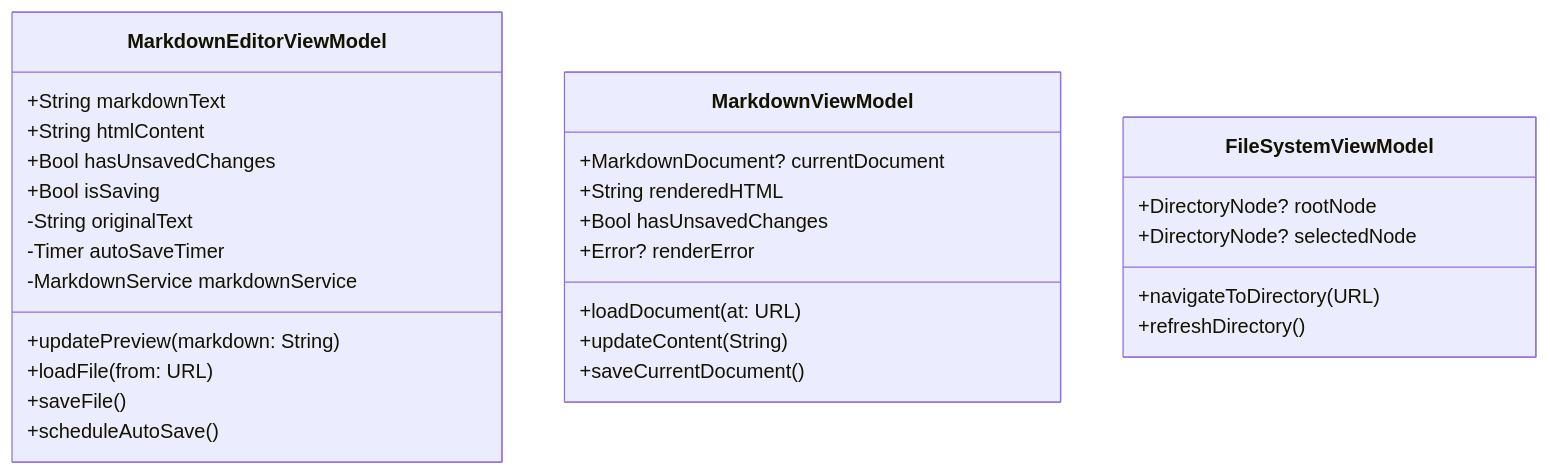
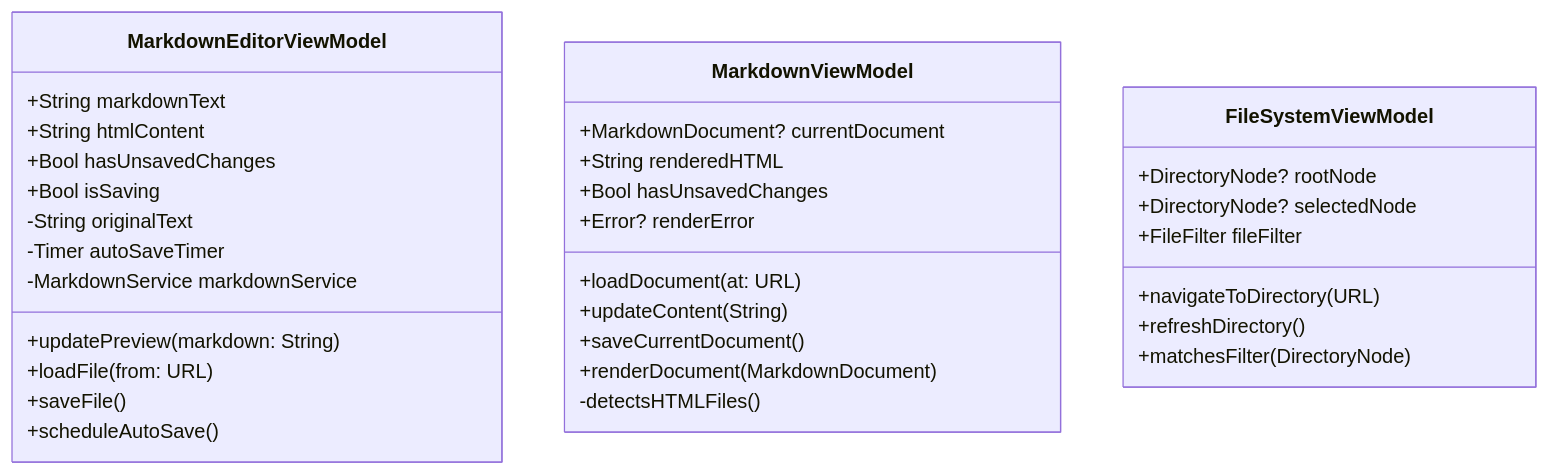
The third of 9 diagrams in docs/development/current-architecture.md (Consortium-team/mac-markdown-browser), drawn with Mermaid before and after one commit. The commit also changed other lines of this file and 13 other files, not shown here.

````diff
--- a/docs/development/current-architecture.md
+++ b/docs/development/current-architecture.md
@@ -106,33 +106,37 @@
 ```mermaid
 classDiagram
     class MarkdownEditorViewModel {
         +String markdownText
         +String htmlContent
         +Bool hasUnsavedChanges
         +Bool isSaving
         -String originalText
         -Timer autoSaveTimer
         -MarkdownService markdownService
         +updatePreview(markdown: String)
         +loadFile(from: URL)
         +saveFile()
         +scheduleAutoSave()
     }
     
     class MarkdownViewModel {
         +MarkdownDocument? currentDocument
         +String renderedHTML
         +Bool hasUnsavedChanges
         +Error? renderError
         +loadDocument(at: URL)
         +updateContent(String)
         +saveCurrentDocument()
+        +renderDocument(MarkdownDocument)
+        -detectsHTMLFiles()
     }
     
     class FileSystemViewModel {
         +DirectoryNode? rootNode
         +DirectoryNode? selectedNode
+        +FileFilter fileFilter
         +navigateToDirectory(URL)
         +refreshDirectory()
+        +matchesFilter(DirectoryNode)
     }
 ```
````
